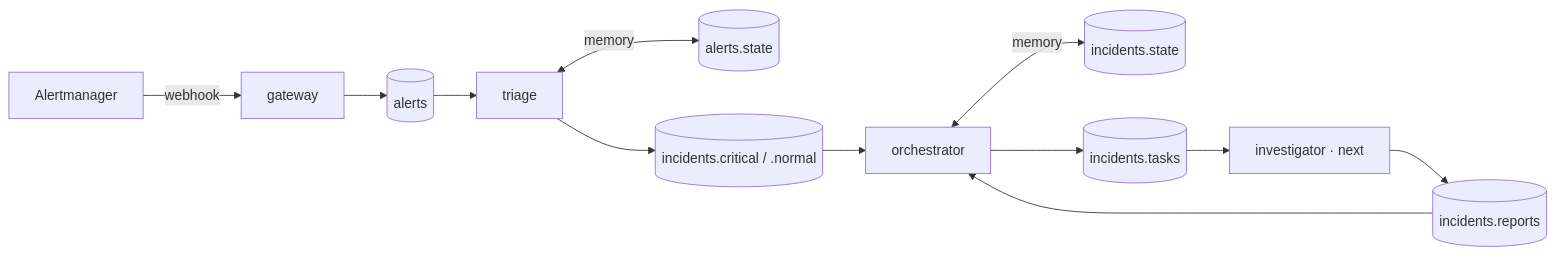
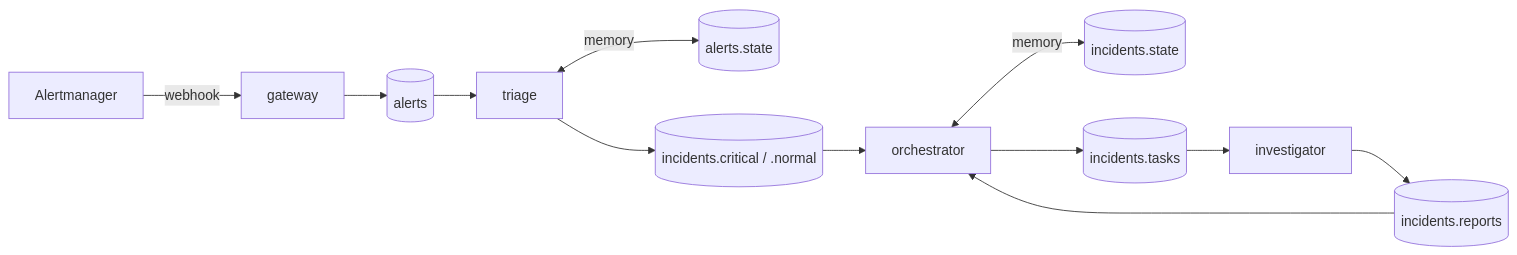
One commit to jneo8/ein-agent-mesh changed the diagram in README.md. Above: the diagram before and after it, drawn with Mermaid. The commit also changed other lines of this file and 31 other files, not shown here.

````diff
--- a/README.md
+++ b/README.md
@@ -7,10 +7,10 @@
 ```mermaid
 flowchart LR
   AM[Alertmanager] -->|webhook| GW[gateway]
   GW --> A[(alerts)] --> T[triage]
   T <-->|memory| AS[(alerts.state)]
   T --> I[(incidents.critical / .normal)] --> O[orchestrator]
   O <-->|memory| IS[(incidents.state)]
-  O --> TK[(incidents.tasks)] --> INV[investigator · next]
+  O --> TK[(incidents.tasks)] --> INV[investigator]
   INV --> R[(incidents.reports)] --> O
 ```
````
